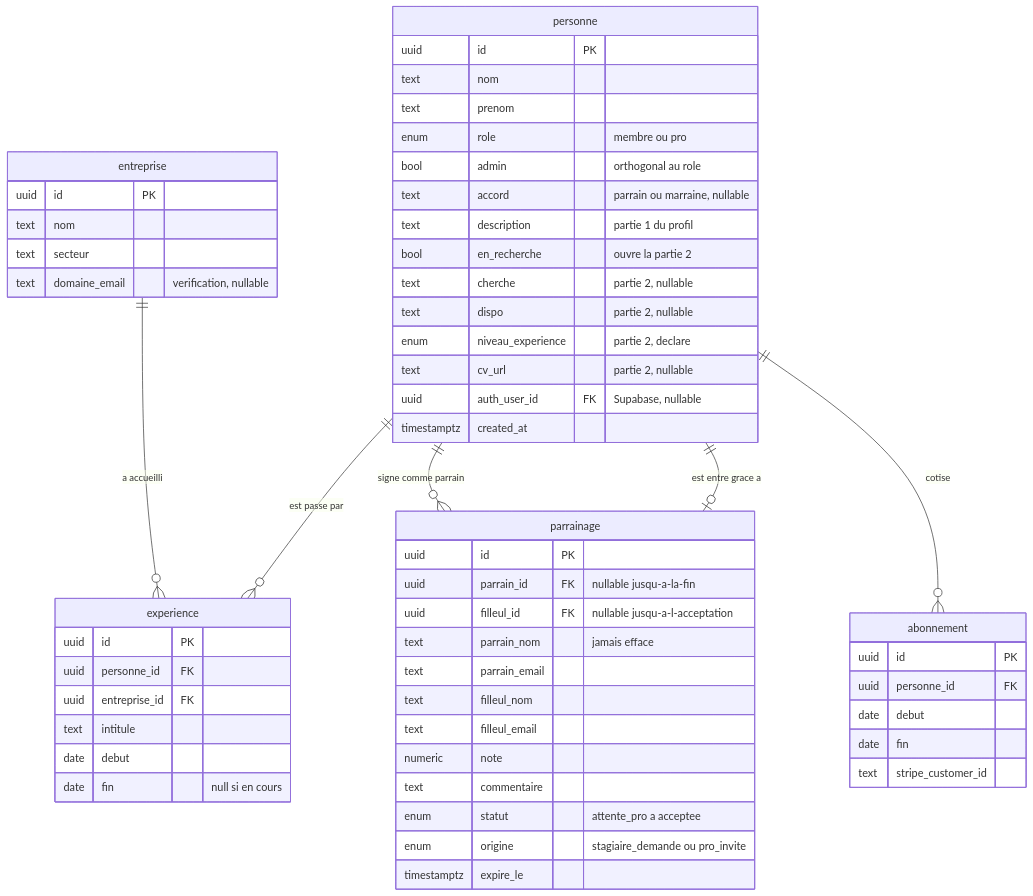
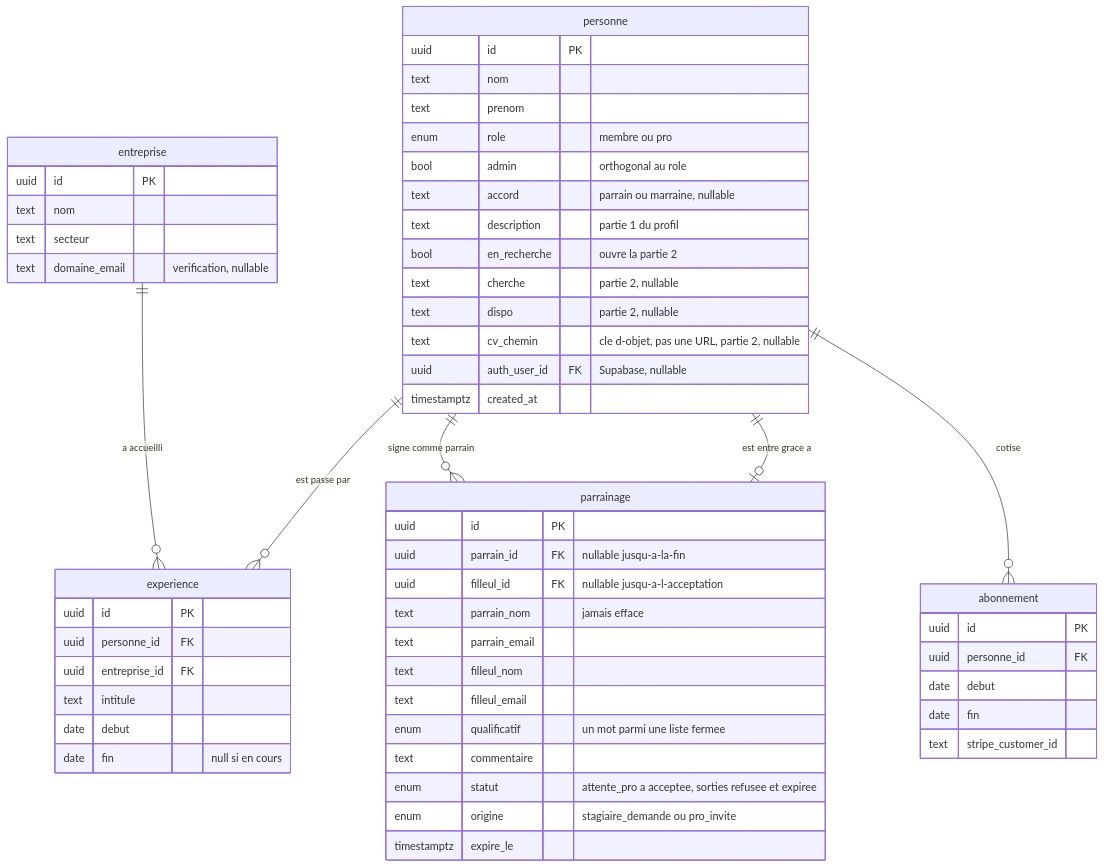
One commit to Romain-Perche/Stips changed the first of 5 diagrams in backend/SCHEMA.md. Above: the diagram before and after it, drawn with Mermaid. The commit also changed other lines of this file and 1 other file, not shown here.

````diff
--- a/backend/SCHEMA.md
+++ b/backend/SCHEMA.md
@@ -18,60 +18,59 @@
 ```mermaid
 erDiagram
     personne {
         uuid id PK
         text nom
         text prenom
         enum role "membre ou pro"
         bool admin "orthogonal au role"
         text accord "parrain ou marraine, nullable"
         text description "partie 1 du profil"
         bool en_recherche "ouvre la partie 2"
         text cherche "partie 2, nullable"
         text dispo "partie 2, nullable"
-        enum niveau_experience "partie 2, declare"
-        text cv_url "partie 2, nullable"
+        text cv_chemin "cle d-objet, pas une URL, partie 2, nullable"
         uuid auth_user_id FK "Supabase, nullable"
         timestamptz created_at
     }
     entreprise {
         uuid id PK
         text nom
         text secteur
         text domaine_email "verification, nullable"
     }
     experience {
         uuid id PK
         uuid personne_id FK
         uuid entreprise_id FK
         text intitule
         date debut
         date fin "null si en cours"
     }
     parrainage {
         uuid id PK
         uuid parrain_id FK "nullable jusqu-a-la-fin"
         uuid filleul_id FK "nullable jusqu-a-l-acceptation"
         text parrain_nom "jamais efface"
         text parrain_email
         text filleul_nom
         text filleul_email
-        numeric note
+        enum qualificatif "un mot parmi une liste fermee"
         text commentaire
-        enum statut "attente_pro a acceptee"
+        enum statut "attente_pro a acceptee, sorties refusee et expiree"
         enum origine "stagiaire_demande ou pro_invite"
         timestamptz expire_le
     }
     abonnement {
         uuid id PK
         uuid personne_id FK
         date debut
         date fin
         text stripe_customer_id
     }
 
     personne   ||--o{ experience  : "est passe par"
     entreprise ||--o{ experience  : "a accueilli"
     personne   ||--o{ parrainage  : "signe comme parrain"
     personne   ||--o| parrainage  : "est entre grace a"
     personne   ||--o{ abonnement  : "cotise"
 ```
````
